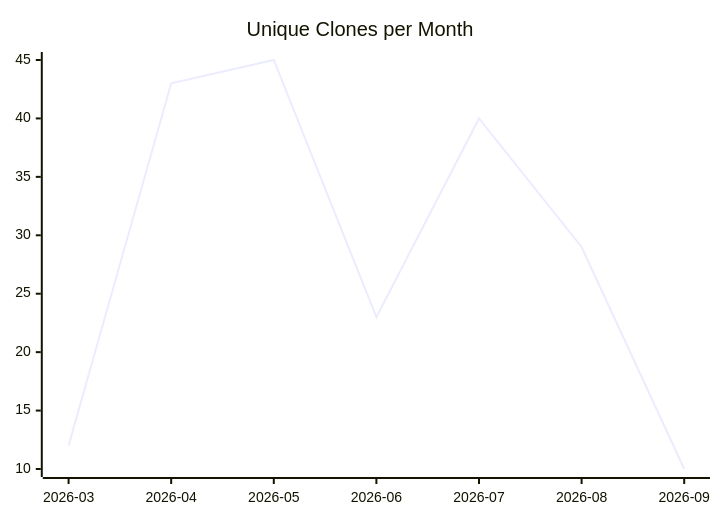
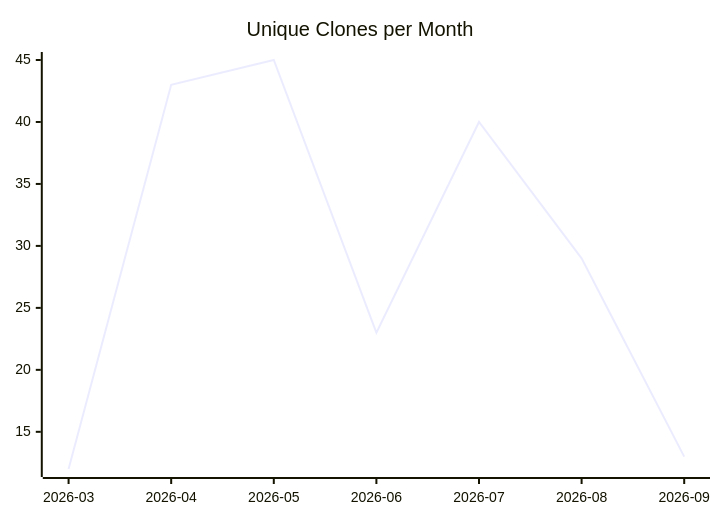
Before and after one commit to justdavis-family/github-analytics-data: the third of 3 diagrams in karlmdavis/ksoap2-android/README.md, drawn with Mermaid. The commit also changed other lines of this file and 191 other files, not shown here.

````diff
--- a/karlmdavis/ksoap2-android/README.md
+++ b/karlmdavis/ksoap2-android/README.md
@@ -19,6 +19,6 @@
 ```mermaid
 xychart-beta
   title "Unique Clones per Month"
   x-axis ["2026-03", "2026-04", "2026-05", "2026-06", "2026-07", "2026-08", "2026-09"]
-  line [12, 43, 45, 23, 40, 29, 10]
+  line [12, 43, 45, 23, 40, 29, 13]
 ```
````
